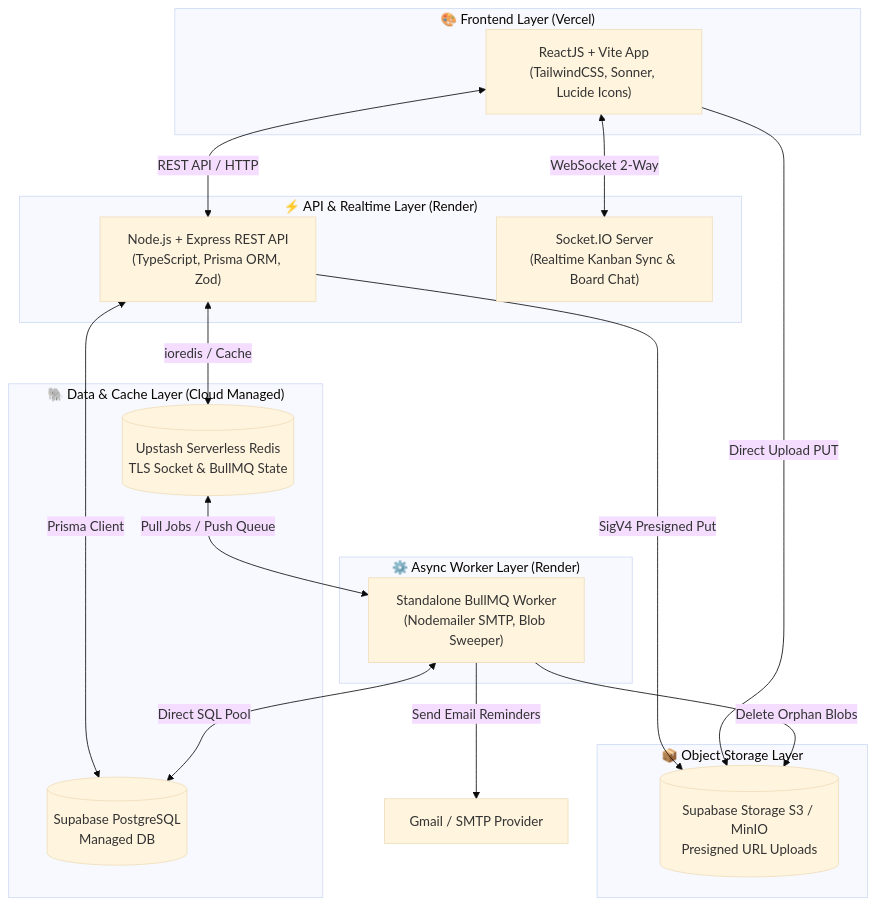
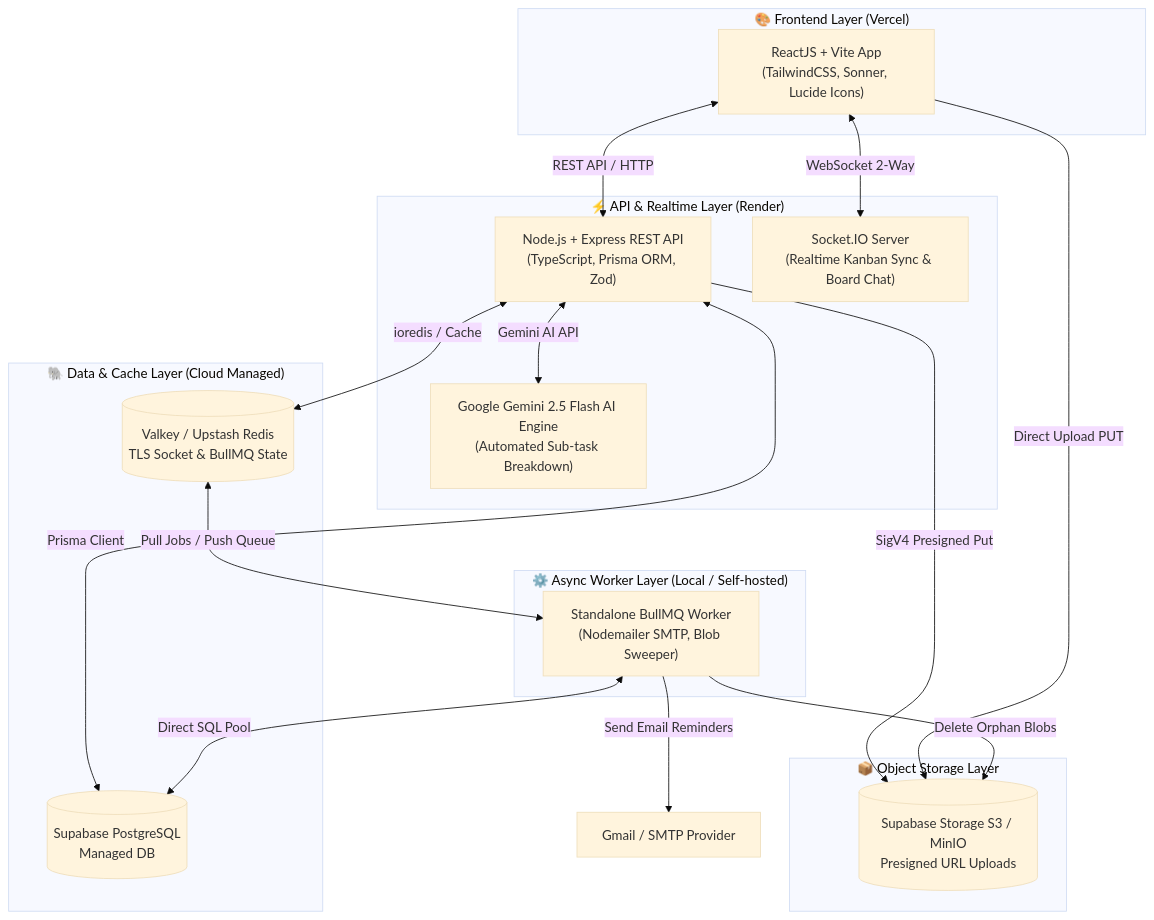
The diagram in README.md (tvquang0511/TeamHub), drawn with Mermaid (base theme) before and after one commit. The commit also changed other lines of this file and 3 other files, not shown here.

````diff
--- a/README.md
+++ b/README.md
@@ -96,36 +107,38 @@
 ```mermaid
 flowchart TD
     subgraph ClientLayer ["🎨 Frontend Layer (Vercel)"]
         FE["ReactJS + Vite App\n(TailwindCSS, Sonner, Lucide Icons)"]
     end
 
     subgraph APILayer ["⚡ API & Realtime Layer (Render)"]
         API["Node.js + Express REST API\n(TypeScript, Prisma ORM, Zod)"]
         SOCKET["Socket.IO Server\n(Realtime Kanban Sync & Board Chat)"]
+        GEMINI["Google Gemini 2.5 Flash AI Engine\n(Automated Sub-task Breakdown)"]
     end
 
     subgraph DataLayer ["🐘 Data & Cache Layer (Cloud Managed)"]
         DB[(Supabase PostgreSQL\nManaged DB)]
-        REDIS[(Upstash Serverless Redis\nTLS Socket & BullMQ State)]
+        REDIS[(Valkey / Upstash Redis\nTLS Socket & BullMQ State)]
     end
 
-    subgraph WorkerLayer ["⚙️ Async Worker Layer (Render)"]
+    subgraph WorkerLayer ["⚙️ Async Worker Layer (Local / Self-hosted)"]
         WORKER["Standalone BullMQ Worker\n(Nodemailer SMTP, Blob Sweeper)"]
     end
 
     subgraph StorageLayer ["📦 Object Storage Layer"]
         S3[(Supabase Storage S3 / MinIO\nPresigned URL Uploads)]
     end
 
     FE <-->|REST API / HTTP| API
     FE <-->|WebSocket 2-Way| SOCKET
+    API <-->|Gemini AI API| GEMINI
     API <-->|Prisma Client| DB
     API <-->|ioredis / Cache| REDIS
     API -->|SigV4 Presigned Put| S3
     FE -->|Direct Upload PUT| S3
     
     REDIS <-->|Pull Jobs / Push Queue| WORKER
     WORKER <-->|Direct SQL Pool| DB
     WORKER -->|Delete Orphan Blobs| S3
     WORKER -->|Send Email Reminders| SMTP[Gmail / SMTP Provider]
 ```
````
